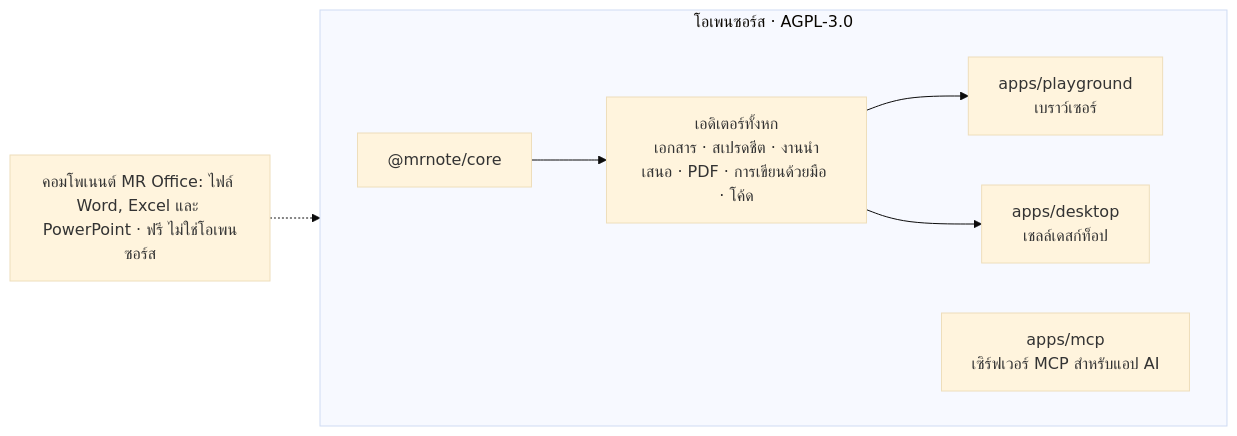
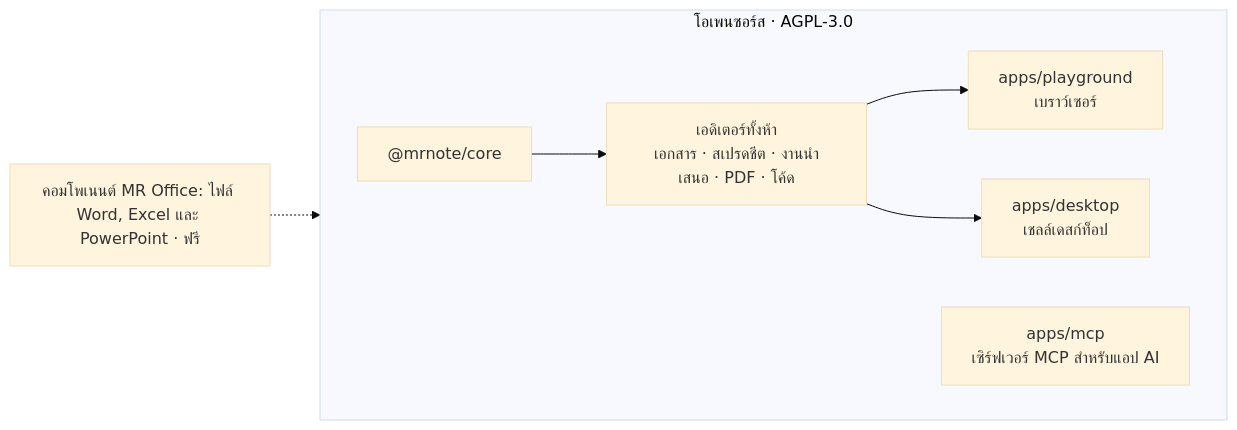
The diagram in i18n/README.th.md (WhaleChao/MROffice), drawn with Mermaid (base theme) before and after one commit. The commit also changed other lines of this file and 621 other files, not shown here.

````diff
--- a/i18n/README.th.md
+++ b/i18n/README.th.md
@@ -130,11 +128,11 @@
 ```mermaid
 flowchart LR
   subgraph OSS["โอเพนซอร์ส · AGPL-3.0"]
     direction LR
-    core["@mrnote/core"] --> E["เอดิเตอร์ทั้งหก<br/>เอกสาร · สเปรดชีต · งานนำเสนอ · PDF · การเขียนด้วยมือ · โค้ด"]
+    core["@mrnote/core"] --> E["เอดิเตอร์ทั้งห้า<br/>เอกสาร · สเปรดชีต · งานนำเสนอ · PDF · โค้ด"]
     E --> PG["apps/playground<br/>เบราว์เซอร์"]
     E --> DS["apps/desktop<br/>เชลล์เดสก์ท็อป"]
     MCP["apps/mcp<br/>เซิร์ฟเวอร์ MCP สำหรับแอป AI"]
   end
-  COMP["คอมโพเนนต์ MR Office: ไฟล์ Word, Excel และ PowerPoint · ฟรี ไม่ใช่โอเพนซอร์ส"] -.-> DS
+  COMP["คอมโพเนนต์ MR Office: ไฟล์ Word, Excel และ PowerPoint · ฟรี"] -.-> DS
 ```
````
